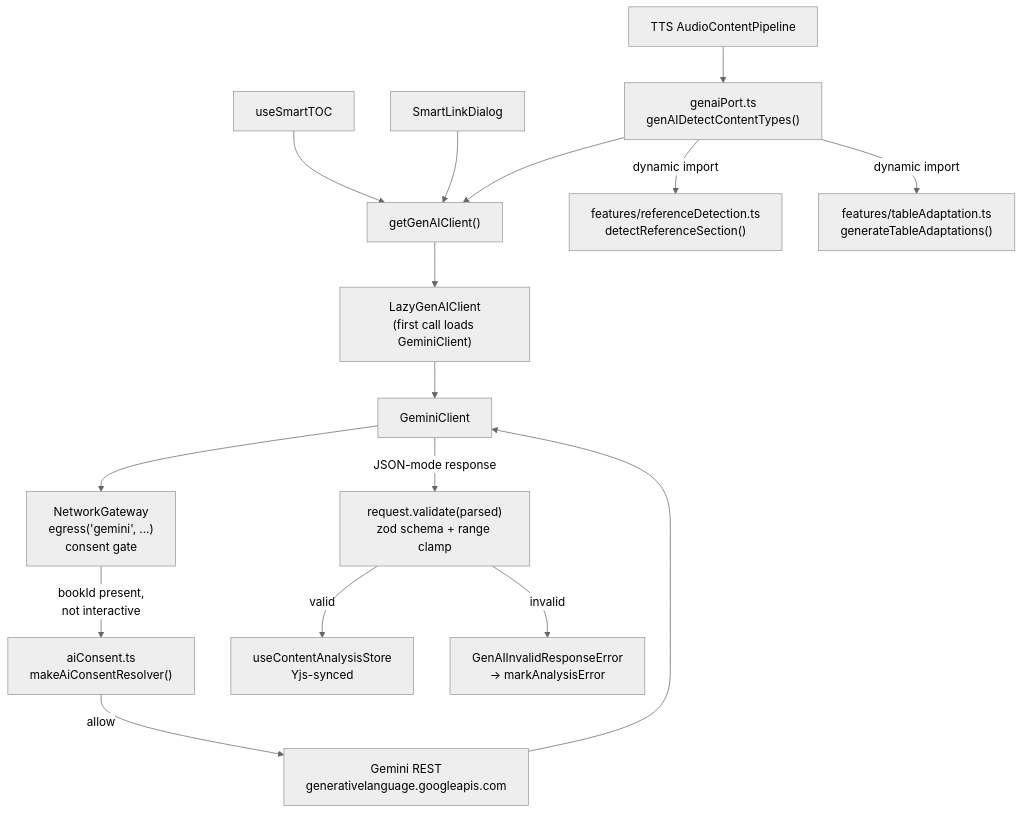
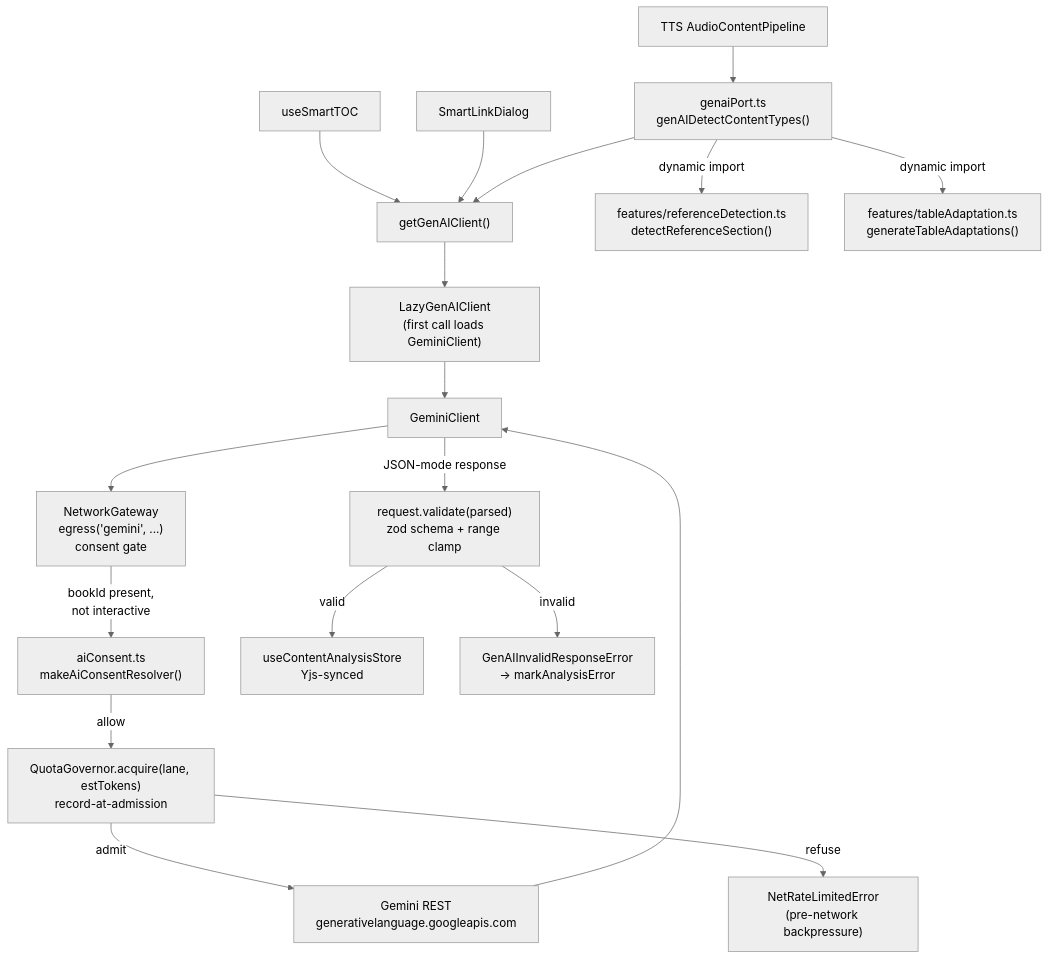
Before and after one commit to vrwarp/versicle: the fourth of 6 diagrams in docs/comprehensive/39-domain-google.md, drawn with Mermaid (neutral theme). The commit also changed other lines of this file and 17 other files, not shown here.

First line of the commit message:
docs(comprehensive): document quota governor, semantic search, Artifact Lane

````diff
--- a/docs/comprehensive/39-domain-google.md
+++ b/docs/comprehensive/39-domain-google.md
@@ -565,22 +653,24 @@
 ```mermaid
 flowchart TD
     TTS["TTS AudioContentPipeline"] --> PORT["genaiPort.ts\ngenAIDetectContentTypes()"]
     SMARTOC["useSmartTOC"] --> GENAIHOLDER["getGenAIClient()"]
     SMARTLINK["SmartLinkDialog"] --> GENAIHOLDER
 
     PORT --> GENAIHOLDER
     PORT --> |"dynamic import"| REF["features/referenceDetection.ts\ndetectReferenceSection()"]
     PORT --> |"dynamic import"| TABLE["features/tableAdaptation.ts\ngenerateTableAdaptations()"]
 
     GENAIHOLDER --> LAZY["LazyGenAIClient\n(first call loads GeminiClient)"]
     LAZY --> GEMINI["GeminiClient"]
 
     GEMINI --> CONSENT_GATE["NetworkGateway\negress('gemini', ...)\nconsent gate"]
     CONSENT_GATE --> |"bookId present,\nnot interactive"| RESOLVER["aiConsent.ts\nmakeAiConsentResolver()"]
-    RESOLVER --> |"allow"| GEMINI_API["Gemini REST\ngenerativelanguage.googleapis.com"]
+    RESOLVER --> |"allow"| QUOTA_GATE["QuotaGovernor.acquire(lane, estTokens)\nrecord-at-admission"]
+    QUOTA_GATE --> |"admit"| GEMINI_API["Gemini REST\ngenerativelanguage.googleapis.com"]
+    QUOTA_GATE --> |"refuse"| RATELIMIT["NetRateLimitedError\n(pre-network backpressure)"]
 
     GEMINI_API --> GEMINI
     GEMINI --> |"JSON-mode response"| VALIDATE["request.validate(parsed)\nzod schema + range clamp"]
     VALIDATE --> |"valid"| STORE["useContentAnalysisStore\nYjs-synced"]
     VALIDATE --> |"invalid"| ERR["GenAIInvalidResponseError\n→ markAnalysisError"]
 ```
````
